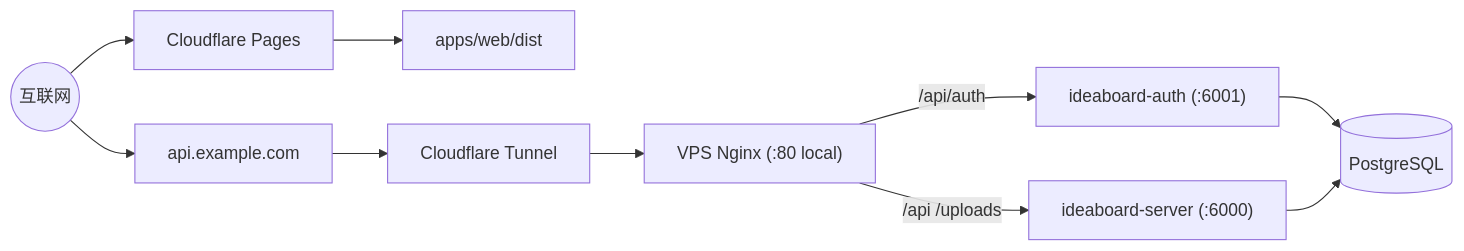
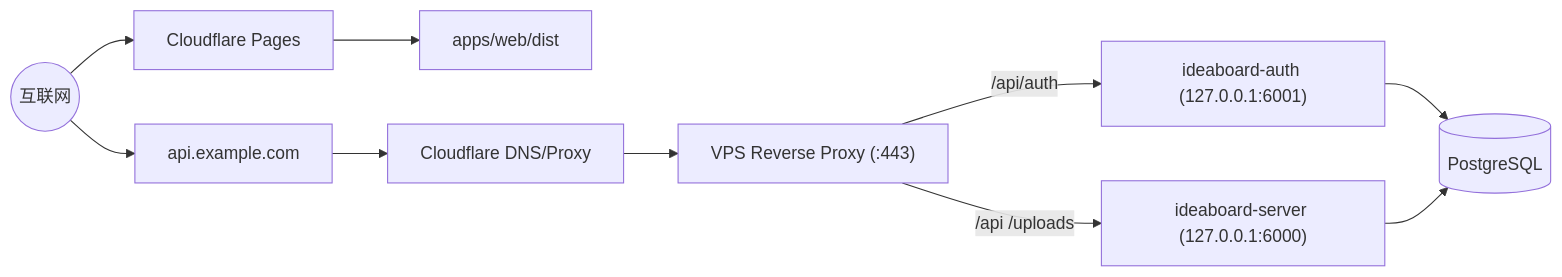
The third of 3 diagrams in DEPLOYMENT.md (Ericsunsk/IdeaBoard), drawn with Mermaid before and after one commit. The commit also changed other lines of this file and 8 other files, not shown here.

````diff
--- a/DEPLOYMENT.md
+++ b/DEPLOYMENT.md
@@ -86,12 +85,12 @@
 ```mermaid
 graph LR
     Internet((互联网)) --> Pages["Cloudflare Pages"]
     Pages --> Web["apps/web/dist"]
     Internet --> ApiDomain["api.example.com"]
-    ApiDomain --> Tunnel["Cloudflare Tunnel"]
-    Tunnel --> Nginx["VPS Nginx (:80 local)"]
-    Nginx -- "/api/auth" --> Auth["ideaboard-auth (:6001)"]
-    Nginx -- "/api /uploads" --> Server["ideaboard-server (:6000)"]
+    ApiDomain --> CFProxy["Cloudflare DNS/Proxy"]
+    CFProxy --> EdgeProxy["VPS Reverse Proxy (:443)"]
+    EdgeProxy -- "/api/auth" --> Auth["ideaboard-auth (127.0.0.1:6001)"]
+    EdgeProxy -- "/api /uploads" --> Server["ideaboard-server (127.0.0.1:6000)"]
     Auth --> Postgres[("PostgreSQL")]
     Server --> Postgres
 ```
````
